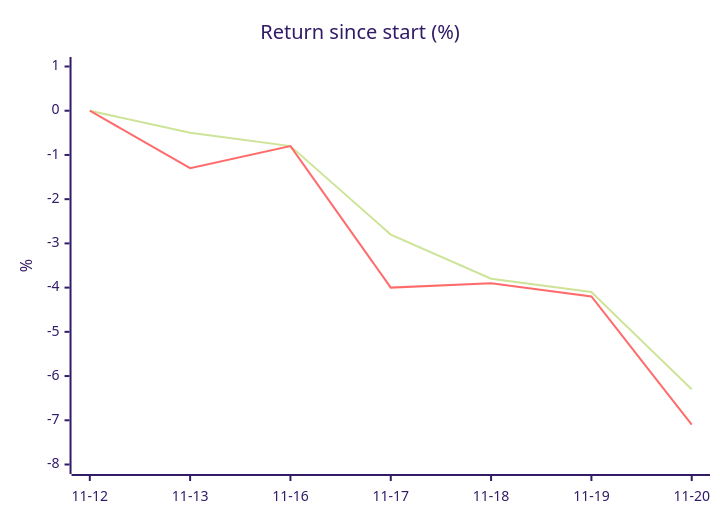
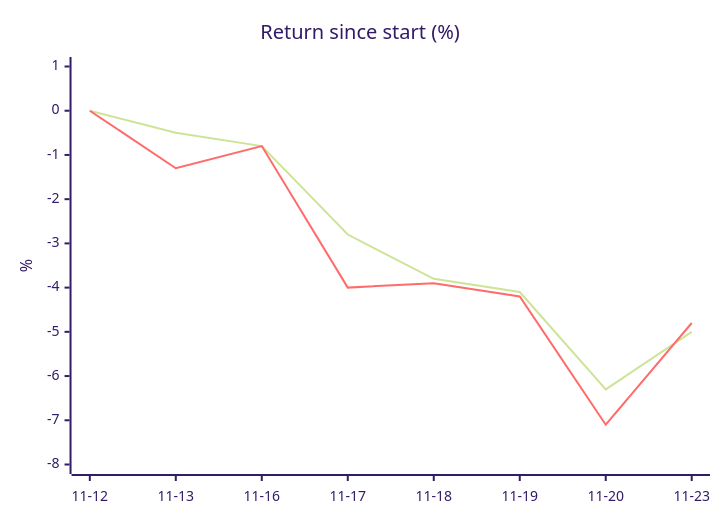
The diagram in 06 - One-Month Trial.md (owlpowell50-creator/trading-bot), drawn with Mermaid (forest theme) before and after one commit. The commit also changed other lines of this file and 14 other files, not shown here.

````diff
--- a/06 - One-Month Trial.md
+++ b/06 - One-Month Trial.md
@@ -35,8 +36,8 @@
 ```mermaid
 xychart-beta
     title "Return since start (%)"
-    x-axis ["11-12", "11-13", "11-16", "11-17", "11-18", "11-19", "11-20"]
+    x-axis ["11-12", "11-13", "11-16", "11-17", "11-18", "11-19", "11-20", "11-23"]
     y-axis "%" -8 --> 1
-    line [-0.0, -0.5, -0.8, -2.8, -3.8, -4.1, -6.3]
-    line [0.0, -1.3, -0.8, -4.0, -3.9, -4.2, -7.1]
+    line [-0.0, -0.5, -0.8, -2.8, -3.8, -4.1, -6.3, -5.0]
+    line [0.0, -1.3, -0.8, -4.0, -3.9, -4.2, -7.1, -4.8]
 ```
````
